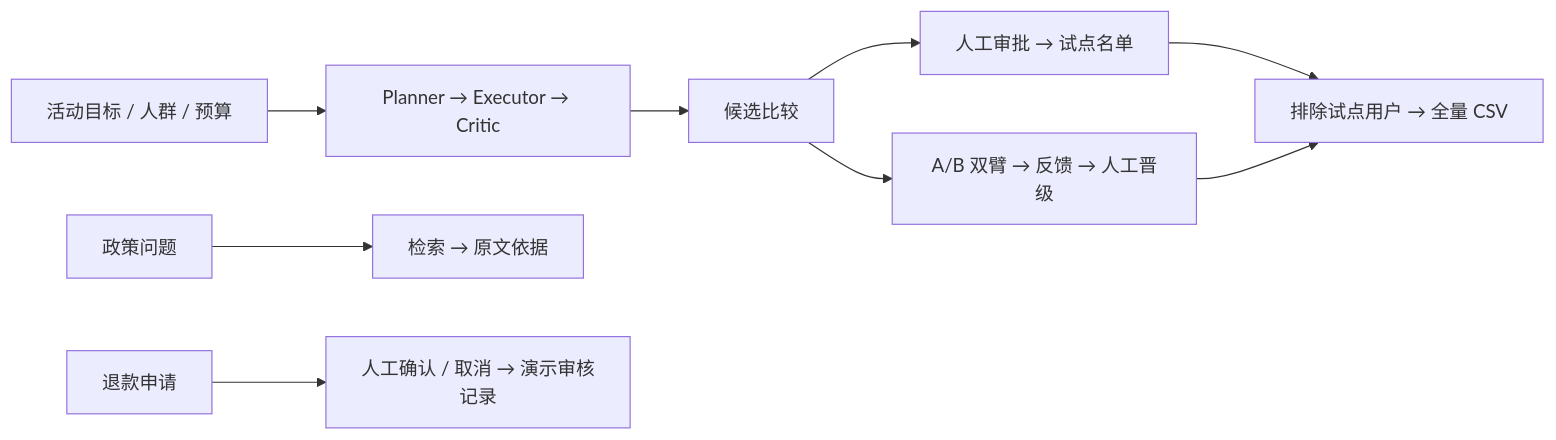
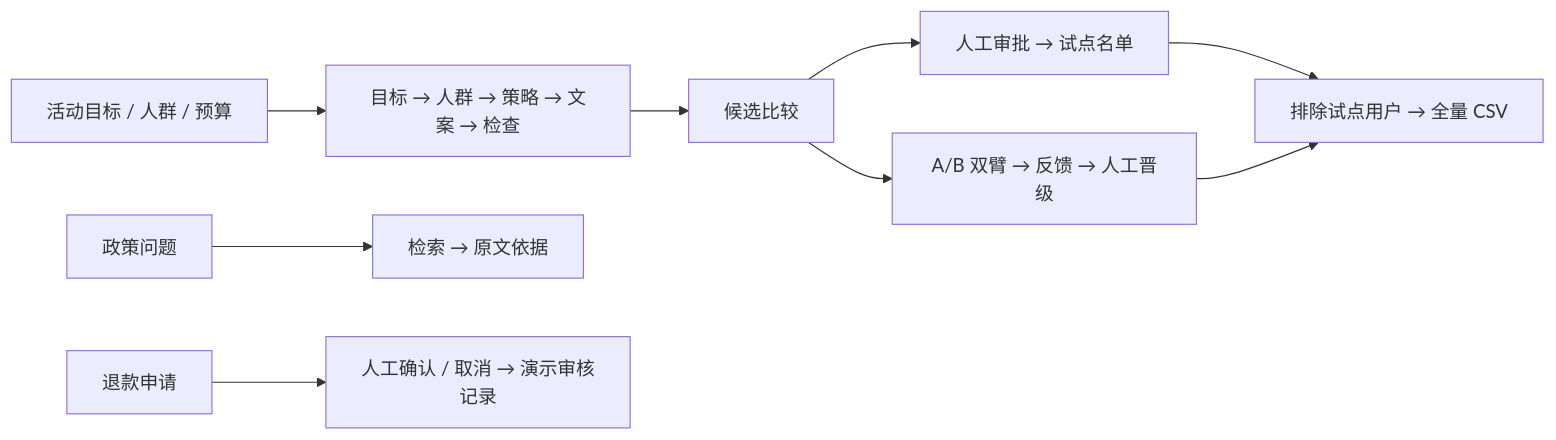
The first of 2 diagrams in README.md (dellya-zhang/FlowPilot), drawn with Mermaid before and after one commit. The commit also changed other lines of this file and 27 other files, not shown here.

````diff
--- a/README.md
+++ b/README.md
@@ -31,11 +37,11 @@
 ```mermaid
 flowchart LR
-    A[活动目标 / 人群 / 预算] --> B[Planner → Executor → Critic]
+    A[活动目标 / 人群 / 预算] --> B[目标 → 人群 → 策略 → 文案 → 检查]
     B --> C[候选比较]
     C --> D[人工审批 → 试点名单]
     C --> E[A/B 双臂 → 反馈 → 人工晋级]
     D --> F[排除试点用户 → 全量 CSV]
     E --> F
     G[政策问题] --> H[检索 → 原文依据]
     I[退款申请] --> J[人工确认 / 取消 → 演示审核记录]
 ```
````
